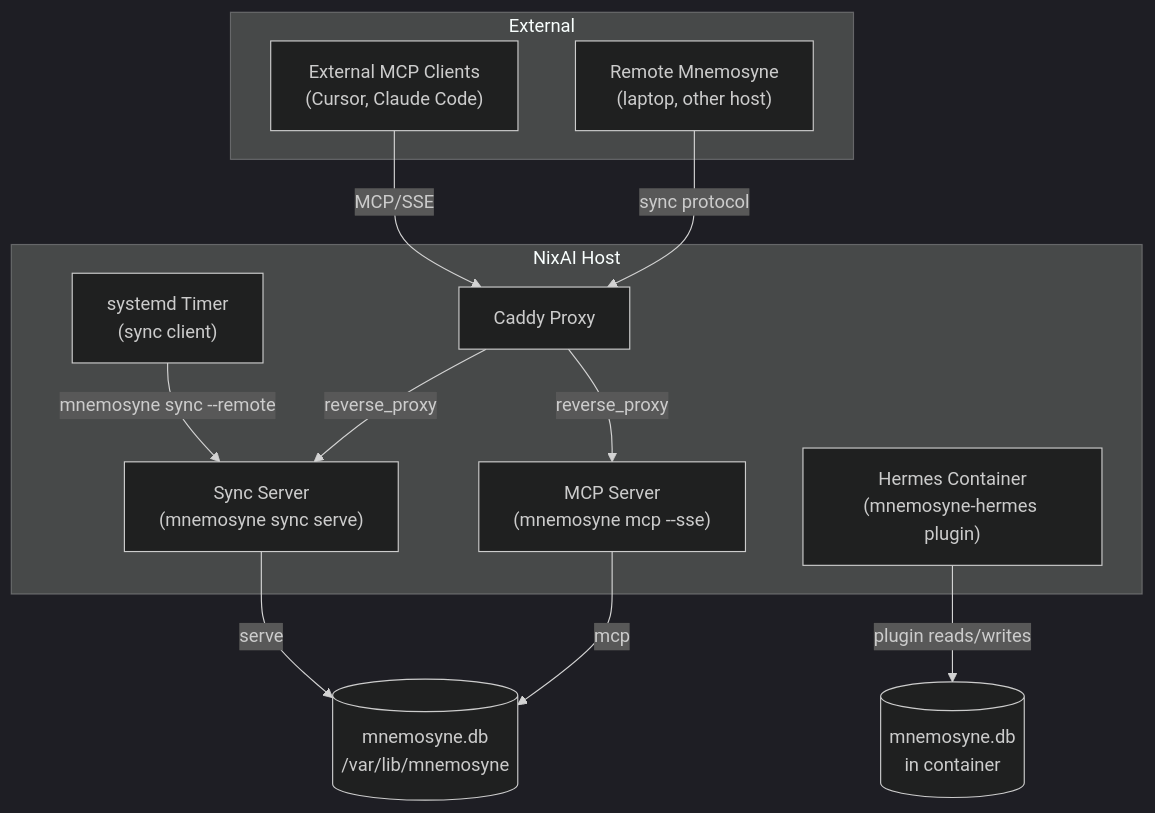
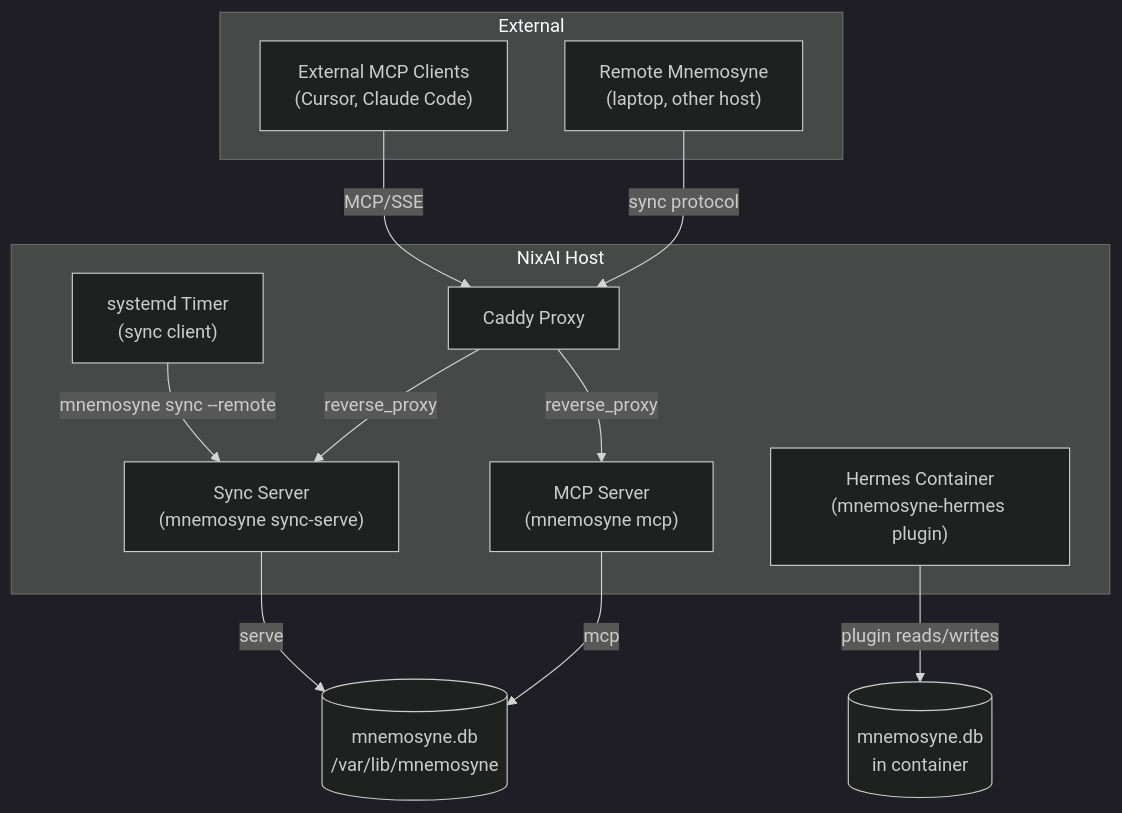
The diagram in docs/src/modules/nixos/ai/mnemosyne.md (DaRacci/nix-config), drawn with Mermaid (dark theme) before and after one commit. The commit also changed other lines of this file and 70 other files, not shown here.

````diff
--- a/docs/src/modules/nixos/ai/mnemosyne.md
+++ b/docs/src/modules/nixos/ai/mnemosyne.md
@@ -7,24 +14,24 @@
 ```mermaid
 graph TB
     subgraph "NixAI Host"
         HC["Hermes Container<br/>(mnemosyne-hermes plugin)"]
-        SS["Sync Server<br/>(mnemosyne sync serve)"]
-        MS["MCP Server<br/>(mnemosyne mcp --sse)"]
+        SS["Sync Server<br/>(mnemosyne sync-serve)"]
+        MS["MCP Server<br/>(mnemosyne mcp)"]
         CD["Caddy Proxy"]
         CT["systemd Timer<br/>(sync client)"]
     end
 
     subgraph "External"
         EXT["External MCP Clients<br/>(Cursor, Claude Code)"]
         REMOTE["Remote Mnemosyne<br/>(laptop, other host)"]
     end
 
     HC -->|"plugin reads/writes"| DB[(mnemosyne.db<br/>in container)]
     CT -->|"mnemosyne sync --remote"| SS
     SS -->|"serve"| SDB[(mnemosyne.db<br/>/var/lib/mnemosyne)]
     MS -->|"mcp"| SDB
     CD -->|"reverse_proxy"| SS
     CD -->|"reverse_proxy"| MS
     EXT -->|"MCP/SSE"| CD
     REMOTE -->|"sync protocol"| CD
 ```
````
